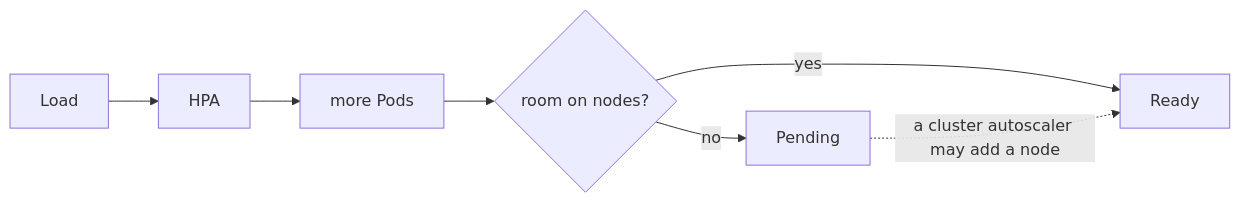
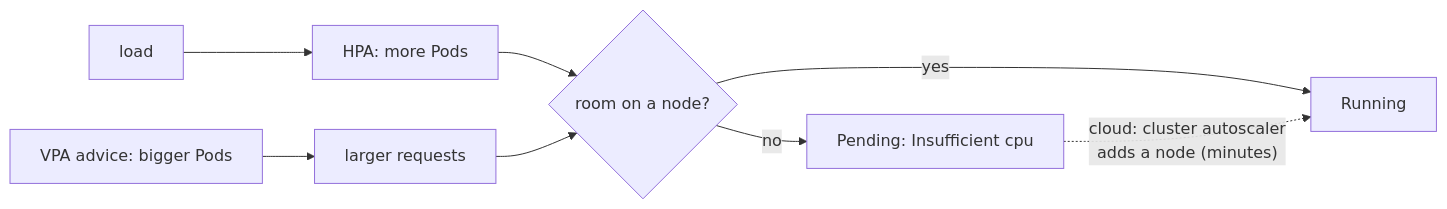
The second of 2 diagrams in docs/learn/scaling/vpa-and-capacity.md (darshan-raul/apollo11-docs), drawn with Mermaid before and after one commit. The commit also changed other lines of this file and 5 other files, not shown here.

````diff
--- a/docs/learn/scaling/vpa-and-capacity.md
+++ b/docs/learn/scaling/vpa-and-capacity.md
@@ -57,7 +102,10 @@
 ```mermaid
 flowchart LR
-  Load --> HPA --> Deploy[more Pods] --> Pend{room on nodes?}
-  Pend -->|no| P[Pending]
-  Pend -->|yes| Ready
-  P -.->|a cluster autoscaler may add a node| Ready
+  L["load"] --> H["HPA: more Pods"]
+  V["VPA advice: bigger Pods"] --> R["larger requests"]
+  H --> S{"room on a node?"}
+  R --> S
+  S -->|yes| OK["Running"]
+  S -->|no| PE["Pending: Insufficient cpu"]
+  PE -.->|"cloud: cluster autoscaler<br/>adds a node (minutes)"| OK
 ```
````
